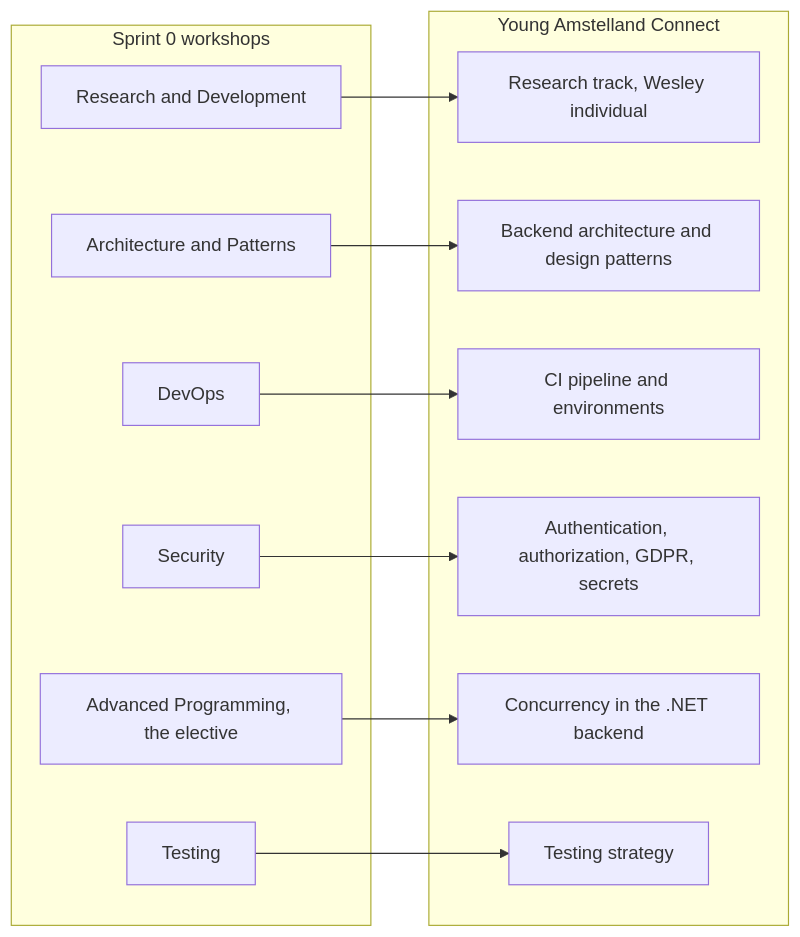
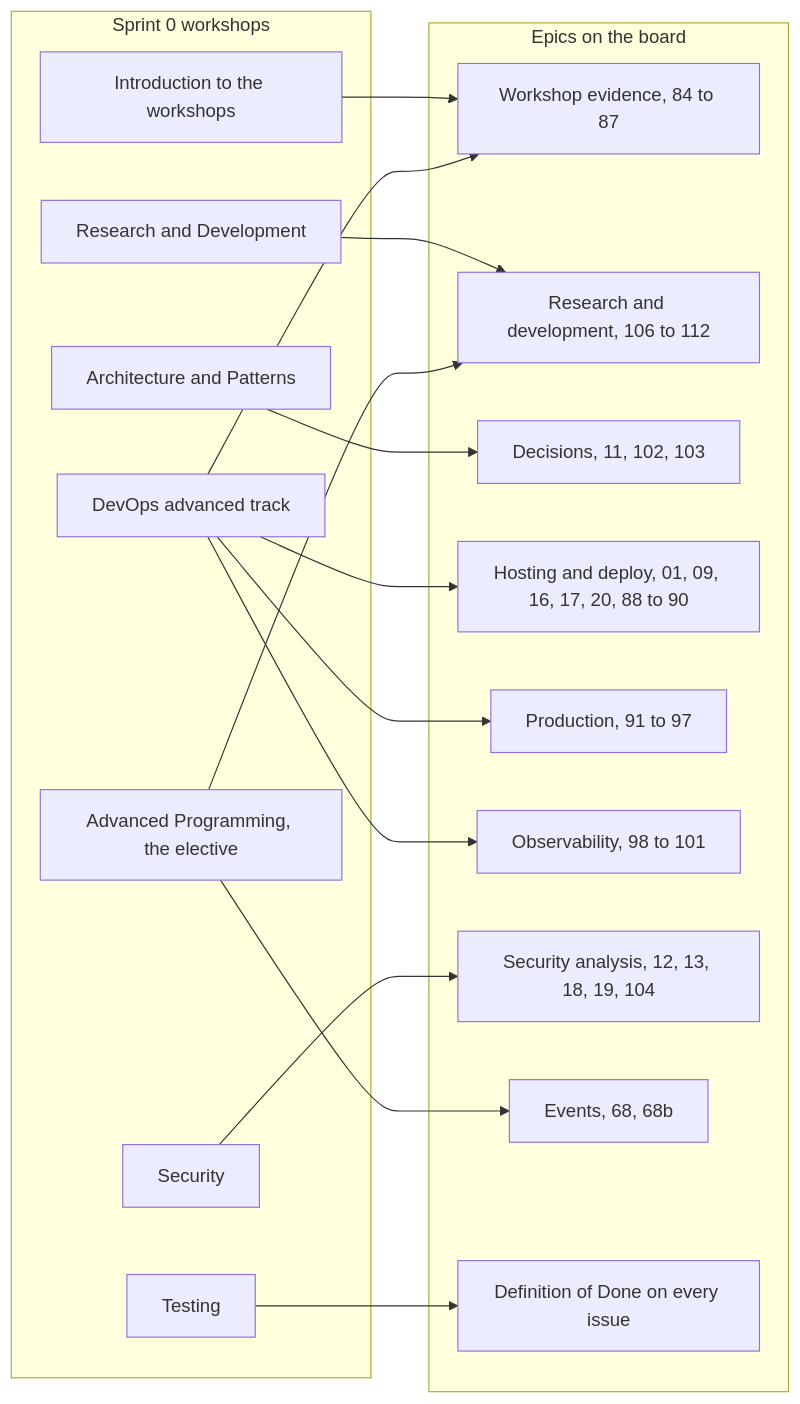
Before and after one commit to guruITA/connect-nine: the diagram in docs/school/workshopCoverage.md, drawn with Mermaid. The commit also changed other lines of this file and 21 other files, not shown here.

Commit message:
docs(docs): update every document to the issues on the board (#1)

````diff
--- a/docs/school/workshopCoverage.md
+++ b/docs/school/workshopCoverage.md
@@ -28,25 +21,34 @@
 ```mermaid
 flowchart LR
     subgraph Workshops["Sprint 0 workshops"]
+        INTRO[Introduction to the workshops]
         RD[Research and Development]
         AP[Architecture and Patterns]
-        DO[DevOps]
+        DO[DevOps advanced track]
         SEC[Security]
         PROG[Advanced Programming, the elective]
         TEST[Testing]
     end
-    subgraph Connect["Young Amstelland Connect"]
-        Research[Research track, Wesley individual]
-        Arch[Backend architecture and design patterns]
-        Pipeline[CI pipeline and environments]
-        SecPriv[Authentication, authorization, GDPR, secrets]
-        Concur[Concurrency in the .NET backend]
-        Tests[Testing strategy]
+    subgraph Board["Epics on the board"]
+        WE[Workshop evidence, 84 to 87]
+        RDE[Research and development, 106 to 112]
+        DEC[Decisions, 11, 102, 103]
+        HD[Hosting and deploy, 01, 09, 16, 17, 20, 88 to 90]
+        PROD[Production, 91 to 97]
+        OBS[Observability, 98 to 101]
+        SA[Security analysis, 12, 13, 18, 19, 104]
+        EV[Events, 68, 68b]
+        DOD[Definition of Done on every issue]
     end
-    RD --> Research
-    AP --> Arch
-    DO --> Pipeline
-    SEC --> SecPriv
-    PROG --> Concur
-    TEST --> Tests
+    INTRO --> WE
+    RD --> RDE
+    AP --> DEC
+    DO --> HD
+    DO --> PROD
+    DO --> OBS
+    DO --> WE
+    SEC --> SA
+    PROG --> EV
+    PROG --> RDE
+    TEST --> DOD
 ```
````
